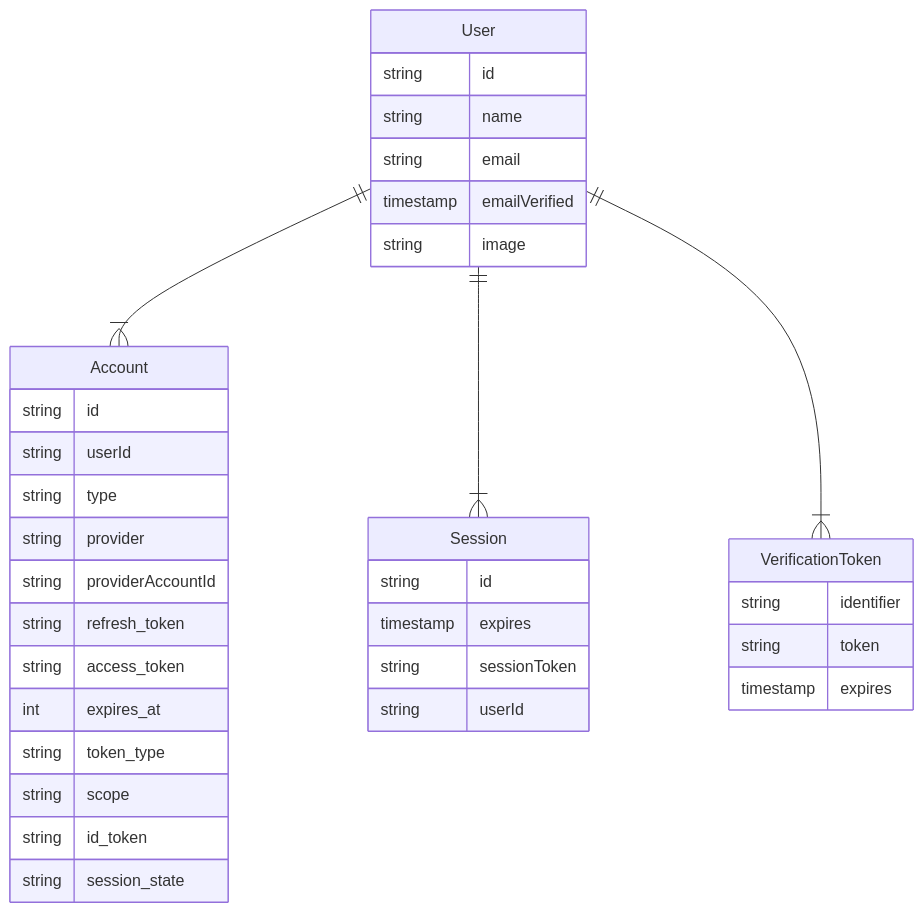
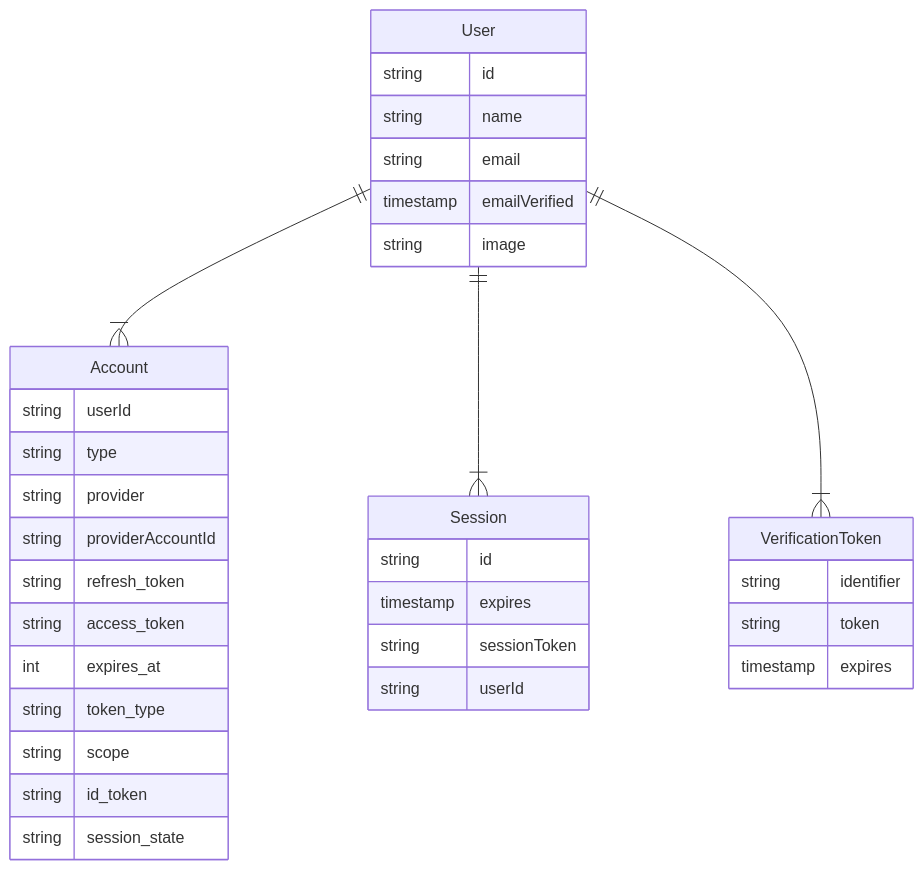
Before and after one commit to StronglyTypedSoul/sdopsdfpp-sdf-sd-sd: the diagram in docs/docs/getting-started/adapters.mdx, drawn with Mermaid. The commit also changed other lines of this file and 1 other file, not shown here.

````diff
--- a/docs/docs/getting-started/adapters.mdx
+++ b/docs/docs/getting-started/adapters.mdx
@@ -37,38 +37,37 @@
 ```mermaid
 erDiagram
     User ||--|{ Account : ""
     User {
       string id
       string name
       string email
       timestamp emailVerified
       string image
     }
     User ||--|{ Session : ""
     Session {
       string id
       timestamp expires
       string sessionToken
       string userId
     }
     Account {
-      string id
       string userId
       string type
       string provider
       string providerAccountId
       string refresh_token
       string access_token
       int expires_at
       string token_type
       string scope
       string id_token
       string session_state
     }
     User ||--|{ VerificationToken : ""
     VerificationToken {
       string identifier
       string token
       timestamp expires
     }
 ```
````
